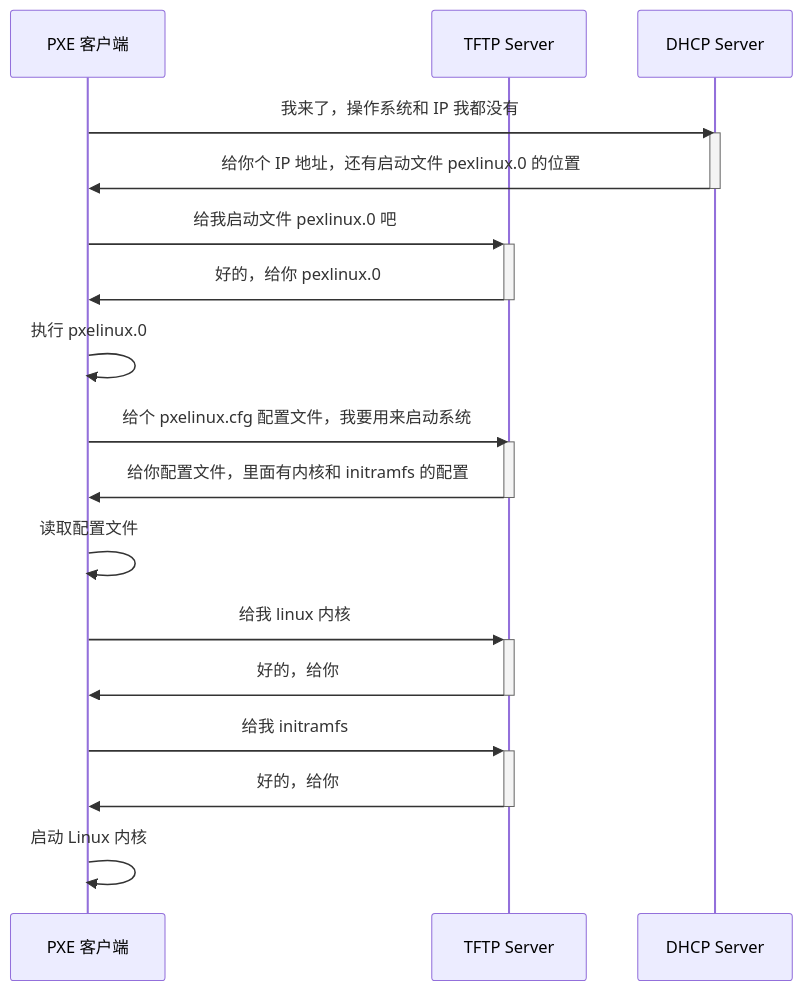
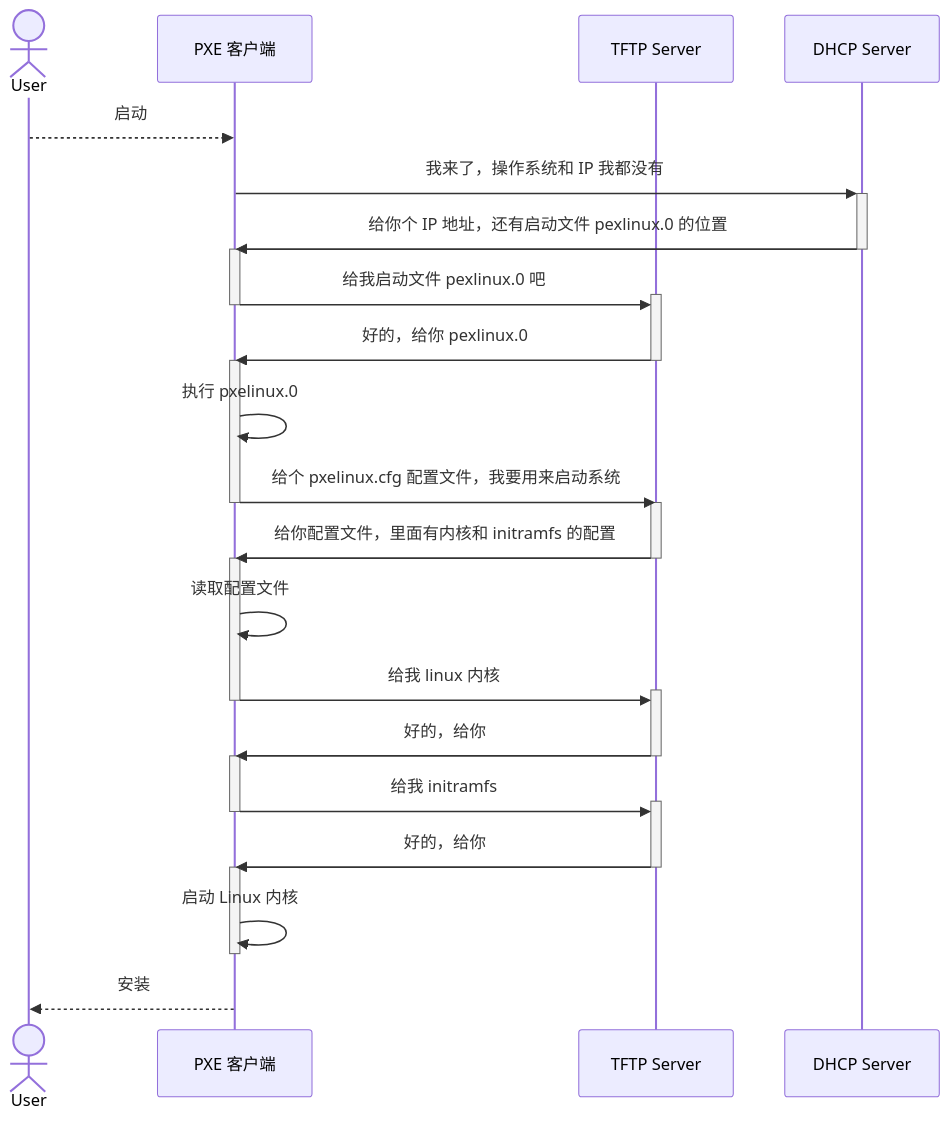
Before and after one commit to kyriejoshua/network-protocol-notes: the second of 2 diagrams in lib/通信协议综述/DHCP 与 PXE.md, drawn with Mermaid. The commit also changed other lines of this file and 1 other file, not shown here.

Commit message:
:page_facing_up: 更新PXE内容

````diff
--- a/lib/通信协议综述/DHCP 与 PXE.md
+++ b/lib/通信协议综述/DHCP 与 PXE.md
@@ -174,24 +176,35 @@
 ```mermaid
 sequenceDiagram
+actor User
 participant PXE 客户端
 participant TFTP Server
 participant DHCP Server
 
-PXE 客户端->>DHCP Server: 我来了，操作系统和 IP 我都没有
-activate DHCP Server
-DHCP Server->>PXE 客户端: 给你个 IP 地址，还有启动文件 pexlinux.0 的位置
-deactivate DHCP Server
+User-->>PXE 客户端:启动
+PXE 客户端->>+DHCP Server: 我来了，操作系统和 IP 我都没有
+DHCP Server->>-PXE 客户端: 给你个 IP 地址，还有启动文件 pexlinux.0 的位置
+activate PXE 客户端
 PXE 客户端->>+TFTP Server: 给我启动文件 pexlinux.0 吧
+deactivate PXE 客户端
 TFTP Server->>-PXE 客户端: 好的，给你 pexlinux.0
+activate PXE 客户端
 PXE 客户端->>PXE 客户端: 执行 pxelinux.0
 PXE 客户端->>TFTP Server: 给个 pxelinux.cfg 配置文件，我要用来启动系统
+deactivate PXE 客户端
 activate TFTP Server
 TFTP Server->>PXE 客户端: 给你配置文件，里面有内核和 initramfs 的配置
 deactivate TFTP Server
+activate PXE 客户端
 PXE 客户端->>PXE 客户端: 读取配置文件
 PXE 客户端->>+TFTP Server: 给我 linux 内核
+deactivate PXE 客户端
 TFTP Server->>-PXE 客户端: 好的，给你
+activate PXE 客户端
 PXE 客户端->>+TFTP Server: 给我 initramfs
+deactivate PXE 客户端
 TFTP Server->>-PXE 客户端: 好的，给你
+activate PXE 客户端
 PXE 客户端->>PXE 客户端: 启动 Linux 内核
+deactivate PXE 客户端
+PXE 客户端 -->> User: 安装
 ```
````
